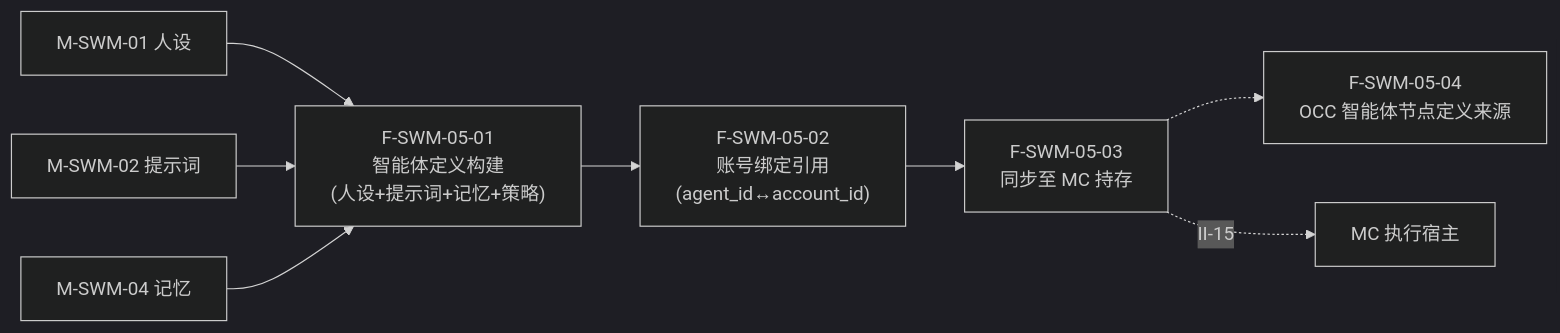
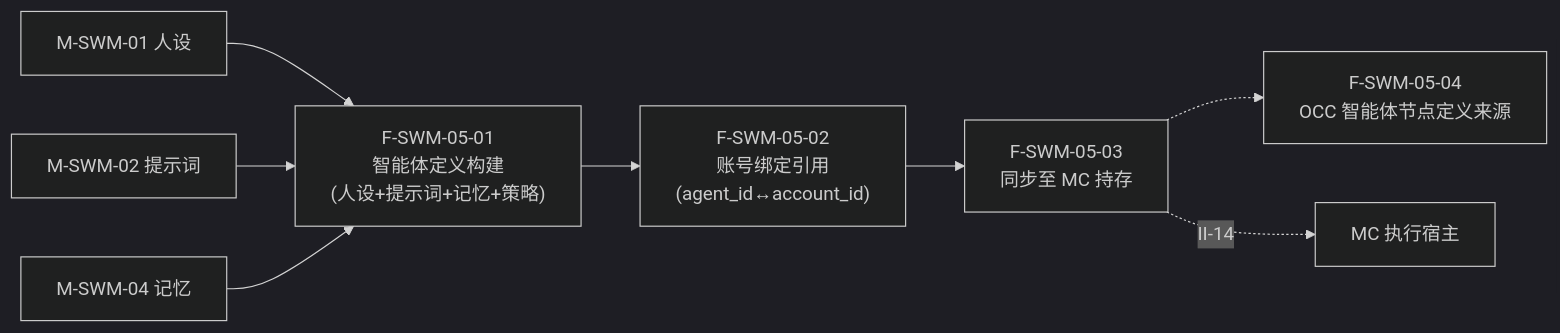
One commit to Sj-g/obsidian changed diagram 27 of 49 in 公司项目/认知作战/文档/软件概要设计-架构图.md. Above: the diagram before and after it, drawn with Mermaid (dark theme). The commit also changed other lines of this file, not shown here.

````diff
--- a/公司项目/认知作战/文档/软件概要设计-架构图.md
+++ b/公司项目/认知作战/文档/软件概要设计-架构图.md
@@ -480,12 +523,12 @@
 ```mermaid
 flowchart LR
     F0501["F-SWM-05-01<br/>智能体定义构建<br/>(人设+提示词+记忆+策略)"]
     F0502["F-SWM-05-02<br/>账号绑定引用<br/>(agent_id↔account_id)"]
     F0503["F-SWM-05-03<br/>同步至 MC 持存"]
     F0504["F-SWM-05-04<br/>OCC 智能体节点定义来源"]
 
     F0501 --> F0502 --> F0503
     F0503 -.-> F0504
     SWM1["M-SWM-01 人设"] & SWM2["M-SWM-02 提示词"] & SWM4["M-SWM-04 记忆"] --> F0501
-    F0503 -.->|"II-15"| MC["MC 执行宿主"]
+    F0503 -.->|"II-14"| MC["MC 执行宿主"]
 ```
````
